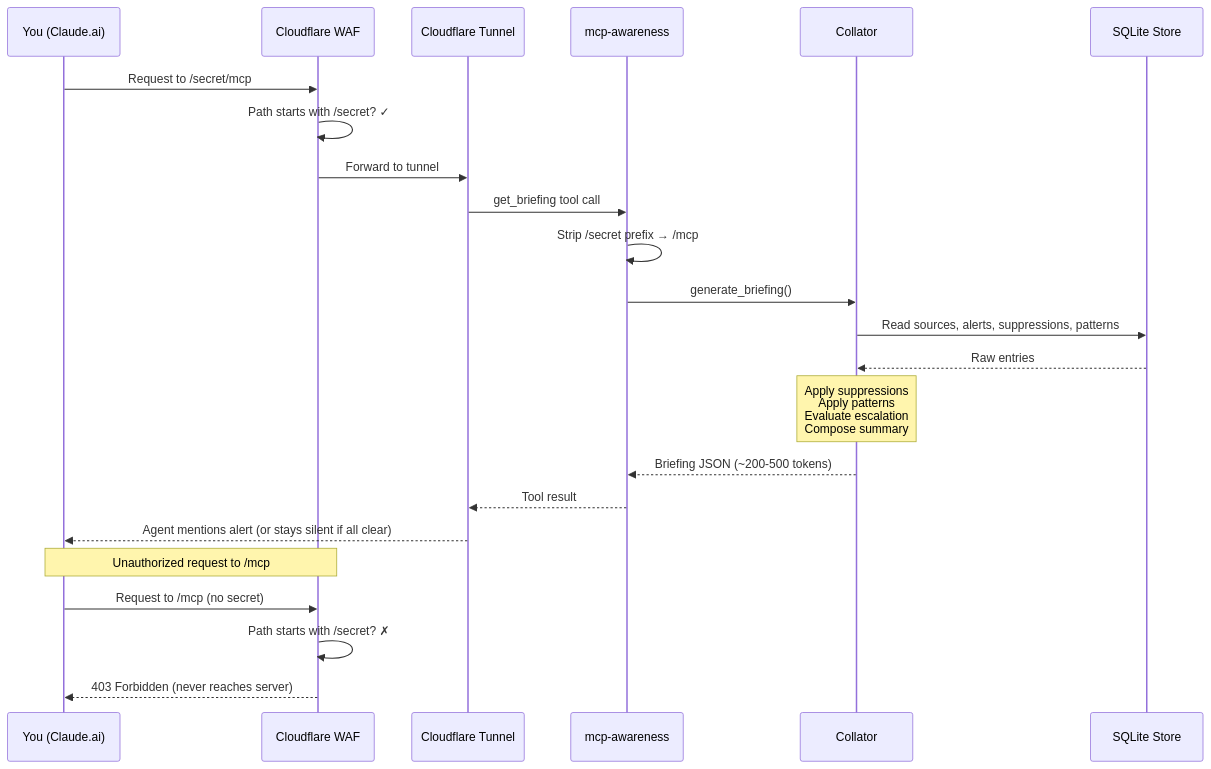
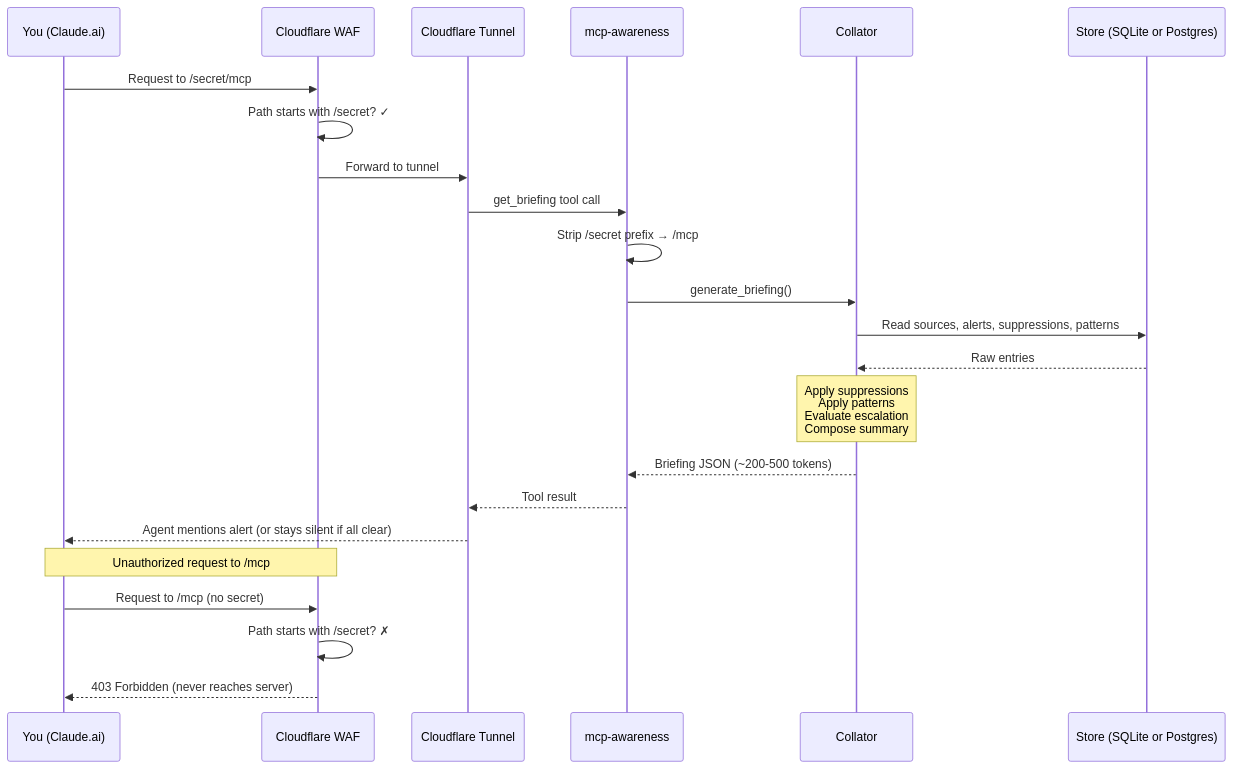
One commit to cmeans/mcp-awareness changed the diagram in docs/deployment-guide.md. Above: the diagram before and after it, drawn with Mermaid. The commit also changed other lines of this file and 2 other files, not shown here.

First line of the commit message:
Update docs for Postgres backend

````diff
--- a/docs/deployment-guide.md
+++ b/docs/deployment-guide.md
@@ -248,27 +273,27 @@
 ```mermaid
 sequenceDiagram
     participant You as You (Claude.ai)
     participant WAF as Cloudflare WAF
     participant CF as Cloudflare Tunnel
     participant Server as mcp-awareness
     participant Collator as Collator
-    participant Store as SQLite Store
+    participant Store as Store (SQLite or Postgres)
 
     You->>WAF: Request to /secret/mcp
     WAF->>WAF: Path starts with /secret? ✓
     WAF->>CF: Forward to tunnel
     CF->>Server: get_briefing tool call
     Server->>Server: Strip /secret prefix → /mcp
     Server->>Collator: generate_briefing()
     Collator->>Store: Read sources, alerts, suppressions, patterns
     Store-->>Collator: Raw entries
     Note over Collator: Apply suppressions<br/>Apply patterns<br/>Evaluate escalation<br/>Compose summary
     Collator-->>Server: Briefing JSON (~200-500 tokens)
     Server-->>CF: Tool result
     CF-->>You: Agent mentions alert (or stays silent if all clear)
 
     Note over You,WAF: Unauthorized request to /mcp
     You->>WAF: Request to /mcp (no secret)
     WAF->>WAF: Path starts with /secret? ✗
     WAF-->>You: 403 Forbidden (never reaches server)
 ```
````
